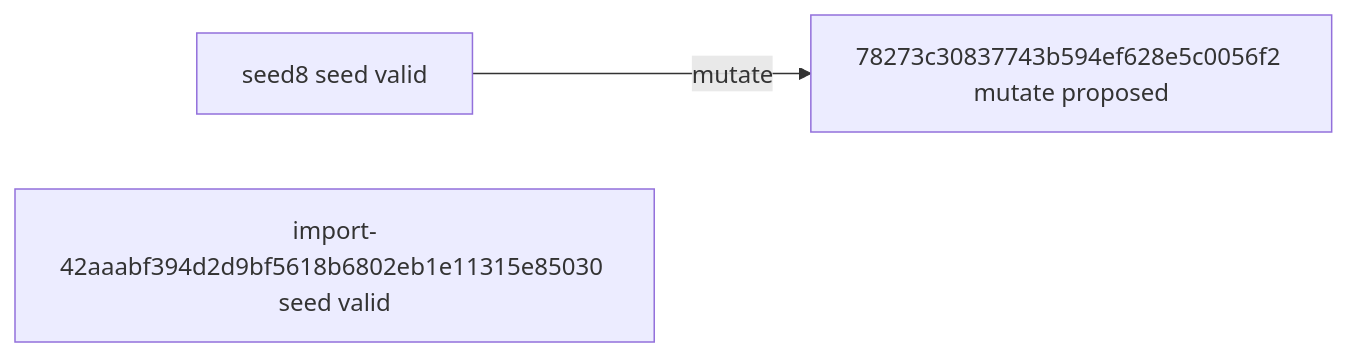
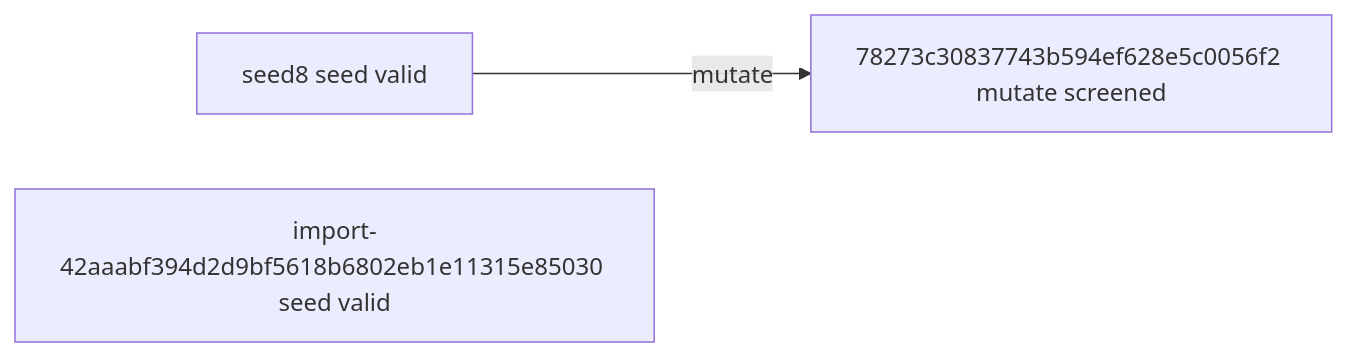
One commit to timbtz/feyer-search-lab changed the diagram in experiments/campaigns/discrete-local-v1/README.md. Above: the diagram before and after it, drawn with Mermaid. The commit also changed other lines of this file and 7 other files, not shown here.

````diff
--- a/experiments/campaigns/discrete-local-v1/README.md
+++ b/experiments/campaigns/discrete-local-v1/README.md
@@ -21,7 +21,7 @@
 ```mermaid
 graph LR
   n0["seed8 seed valid"]
   n1["import-42aaabf394d2d9bf5618b6802eb1e11315e85030 seed valid"]
-  n2["78273c30837743b594ef628e5c0056f2 mutate proposed"]
+  n2["78273c30837743b594ef628e5c0056f2 mutate screened"]
   n0 -->|mutate| n2
 ```
````
